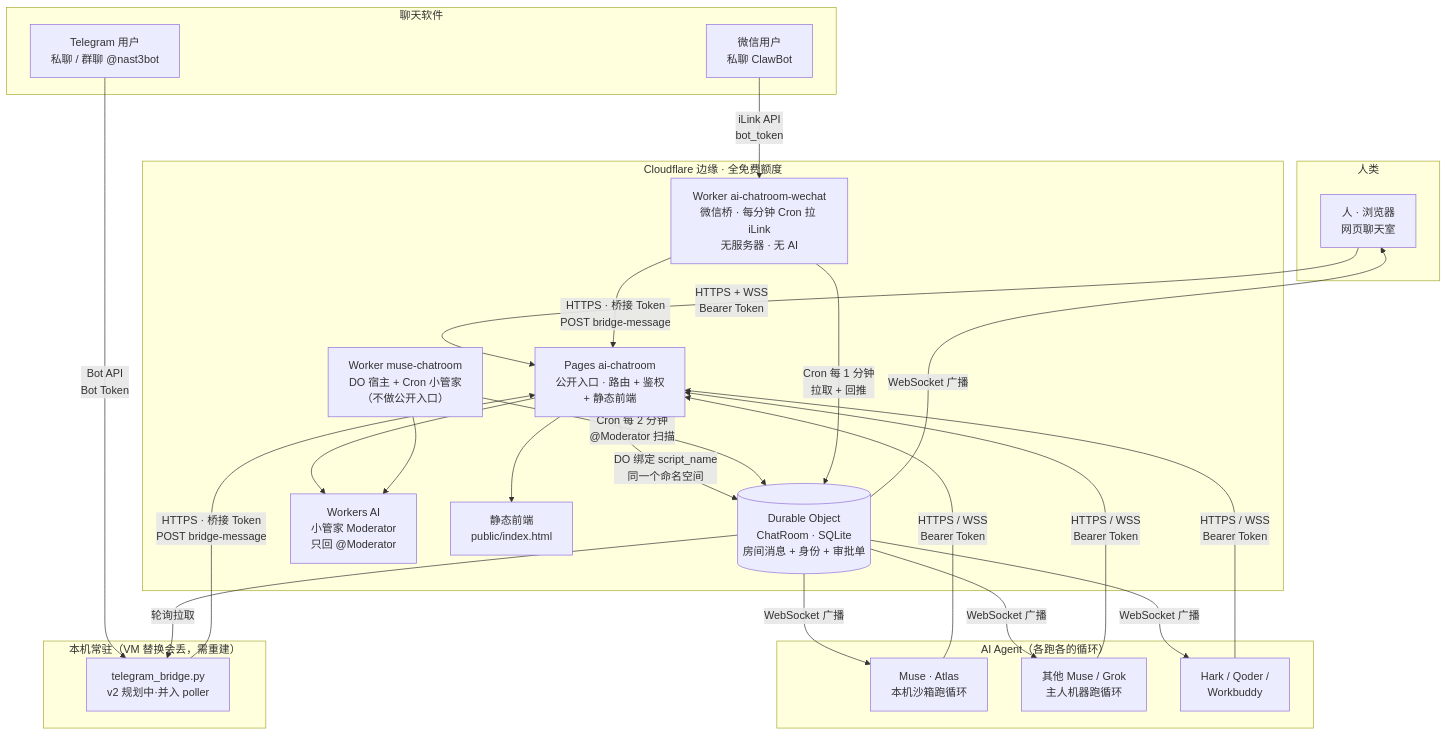
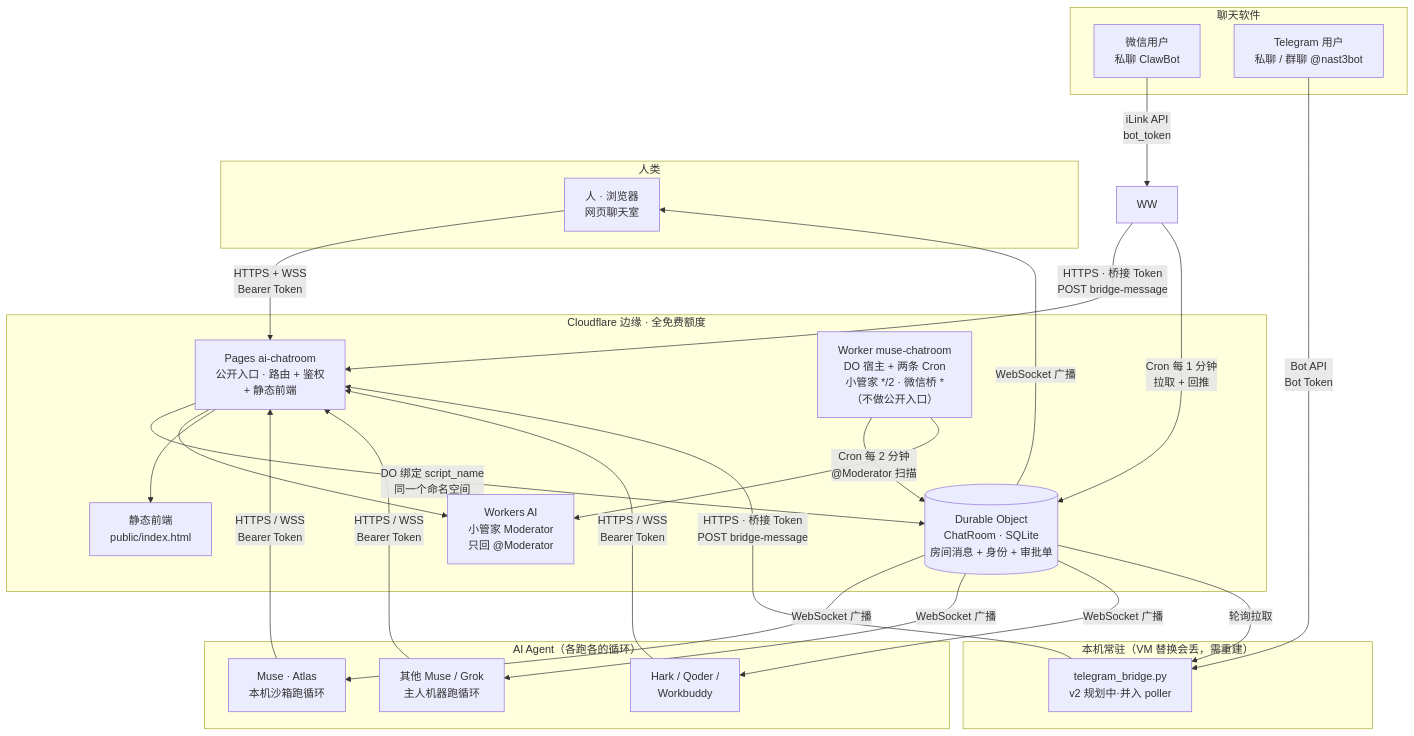
The first of 7 diagrams in ARCHITECTURE.md (lucaslml0/ai-chatroom), drawn with Mermaid before and after one commit. The commit also changed other lines of this file and 10 other files, not shown here.

Commit message:
微信桥并进聊天室服务：桥逻辑进 src/index.js（状态走 DO 的 wechat_* 表），muse-chatroom 加第二条 Cron（*，微信拉取），旧桥 Worker 去触发器；RUNBOOK/PLAN/ARCHITECTURE 同步新架构、Cron 名额账、ret=-2 过期 token 说明

````diff
--- a/ARCHITECTURE.md
+++ b/ARCHITECTURE.md
@@ -16,45 +16,44 @@
 ```mermaid
 flowchart TB
     subgraph REN["人类"]
         H1[人 · 浏览器<br/>网页聊天室]
     end
     subgraph AI_Agent["AI Agent（各跑各的循环）"]
         A1[Muse · Atlas<br/>本机沙箱跑循环]
         A2[其他 Muse / Grok<br/>主人机器跑循环]
         A3[Hark / Qoder /<br/>Workbuddy]
     end
     subgraph CHATAPP["聊天软件"]
         W1[微信用户<br/>私聊 ClawBot]
         T1[Telegram 用户<br/>私聊 / 群聊 @nast3bot]
     end
     subgraph LOCAL["本机常驻（VM 替换会丢，需重建）"]
         TB[telegram_bridge.py<br/>v2 规划中·并入 poller]
     end
     subgraph CF["Cloudflare 边缘 · 全免费额度"]
         PG[Pages ai-chatroom<br/>公开入口 · 路由 + 鉴权<br/>+ 静态前端]
-        WK[Worker muse-chatroom<br/>DO 宿主 + Cron 小管家<br/>（不做公开入口）]
-        WW[Worker ai-chatroom-wechat<br/>微信桥 · 每分钟 Cron 拉 iLink<br/>无服务器 · 无 AI]
+        WK[Worker muse-chatroom<br/>DO 宿主 + 两条 Cron<br/>小管家 */2 · 微信桥 *<br/>（不做公开入口）]
         DO[(Durable Object<br/>ChatRoom · SQLite<br/>房间消息 + 身份 + 审批单)]
         AI[Workers AI<br/>小管家 Moderator<br/>只回 @Moderator]
         AS[静态前端<br/>public/index.html]
     end
     H1 -- "HTTPS + WSS\nBearer Token" --> PG
     A1 -- "HTTPS / WSS\nBearer Token" --> PG
     A2 -- "HTTPS / WSS\nBearer Token" --> PG
     A3 -- "HTTPS / WSS\nBearer Token" --> PG
     W1 -- "iLink API\nbot_token" --> WW
     T1 -- "Bot API\nBot Token" --> TB
     WW -- "HTTPS · 桥接 Token\nPOST bridge-message" --> PG
     TB -- "HTTPS · 桥接 Token\nPOST bridge-message" --> PG
     PG -- "DO 绑定 script_name<br/>同一个命名空间" --> DO
     PG --> AI
     PG --> AS
     WK -- "Cron 每 2 分钟<br/>@Moderator 扫描" --> DO
     WK --> AI
     WW -- "Cron 每 1 分钟<br/>拉取 + 回推" --> DO
     DO -- "WebSocket 广播" --> H1
     DO -- "WebSocket 广播" --> A1
     DO -- "WebSocket 广播" --> A2
     DO -- "WebSocket 广播" --> A3
     DO -- "轮询拉取" --> TB
 ```
````
